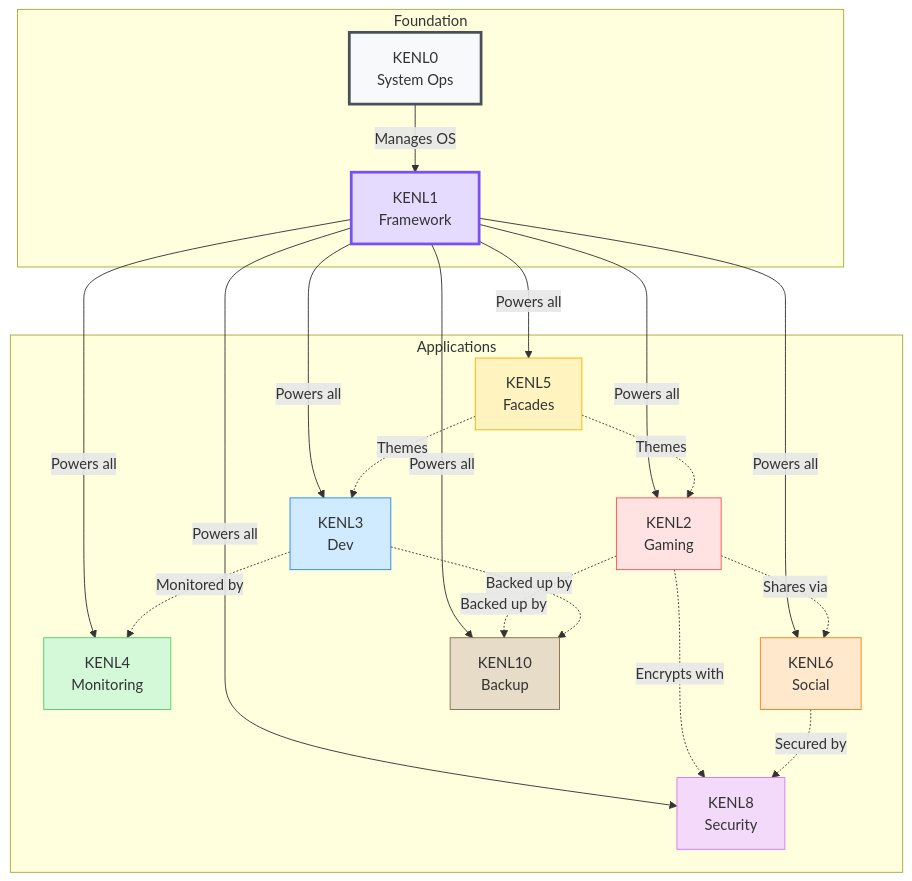
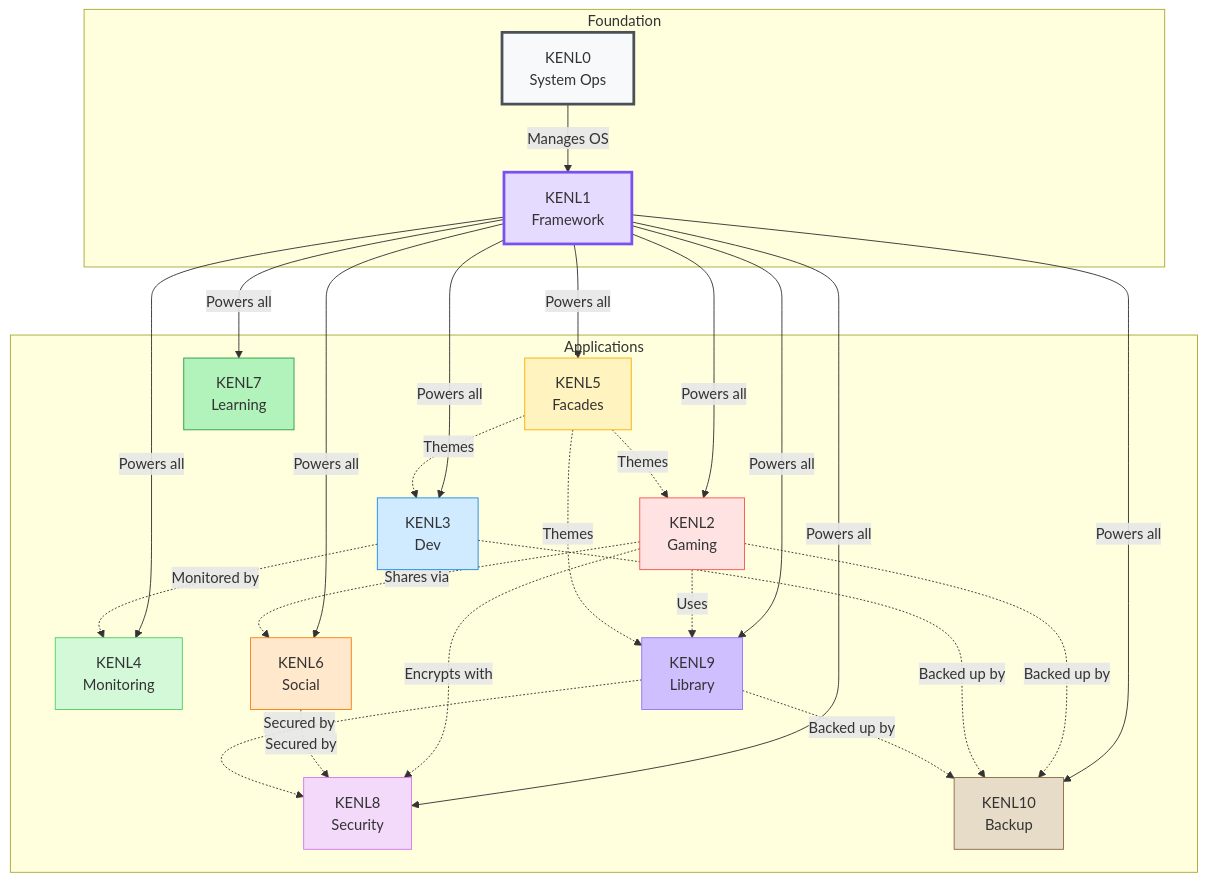
Before and after one commit to toolate28/kenl: the eighth of 9 diagrams in README.md, drawn with Mermaid. The commit also changed other lines of this file and 2 other files, not shown here.

First line of the commit message:
feat: add KENL9-library for multi-OS game library management

````diff
--- a/README.md
+++ b/README.md
@@ -536,45 +546,55 @@
 ```mermaid
 graph TB
     subgraph Foundation
         K0[KENL0<br/>System Ops]
         K1[KENL1<br/>Framework]
     end
 
     subgraph Applications
         K2[KENL2<br/>Gaming]
         K3[KENL3<br/>Dev]
         K4[KENL4<br/>Monitoring]
         K5[KENL5<br/>Facades]
         K6[KENL6<br/>Social]
+        K7[KENL7<br/>Learning]
         K8[KENL8<br/>Security]
+        K9[KENL9<br/>Library]
         K10[KENL10<br/>Backup]
     end
 
     K0 -->|Manages OS| K1
     K1 -->|Powers all| K2
     K1 -->|Powers all| K3
     K1 -->|Powers all| K4
     K1 -->|Powers all| K5
     K1 -->|Powers all| K6
+    K1 -->|Powers all| K7
     K1 -->|Powers all| K8
+    K1 -->|Powers all| K9
     K1 -->|Powers all| K10
 
+    K2 -.->|Uses| K9
     K2 -.->|Encrypts with| K8
     K2 -.->|Shares via| K6
     K2 -.->|Backed up by| K10
     K3 -.->|Monitored by| K4
     K3 -.->|Backed up by| K10
     K5 -.->|Themes| K2
     K5 -.->|Themes| K3
+    K5 -.->|Themes| K9
     K6 -.->|Secured by| K8
+    K9 -.->|Backed up by| K10
+    K9 -.->|Secured by| K8
 
     style K0 fill:#f8f9fa,stroke:#495057,stroke-width:3px
     style K1 fill:#e5dbff,stroke:#7950f2,stroke-width:3px
     style K2 fill:#ffe3e3,stroke:#fa5252
     style K3 fill:#d0ebff,stroke:#228be6
     style K4 fill:#d3f9d8,stroke:#51cf66
     style K5 fill:#fff3bf,stroke:#fab005
     style K6 fill:#ffe8cc,stroke:#fd7e14
+    style K7 fill:#b2f2bb,stroke:#2f9e44
     style K8 fill:#f3d9fa,stroke:#da77f2
+    style K9 fill:#d0bfff,stroke:#9775fa
     style K10 fill:#e7dcc8,stroke:#8b6d47
 ```
````
